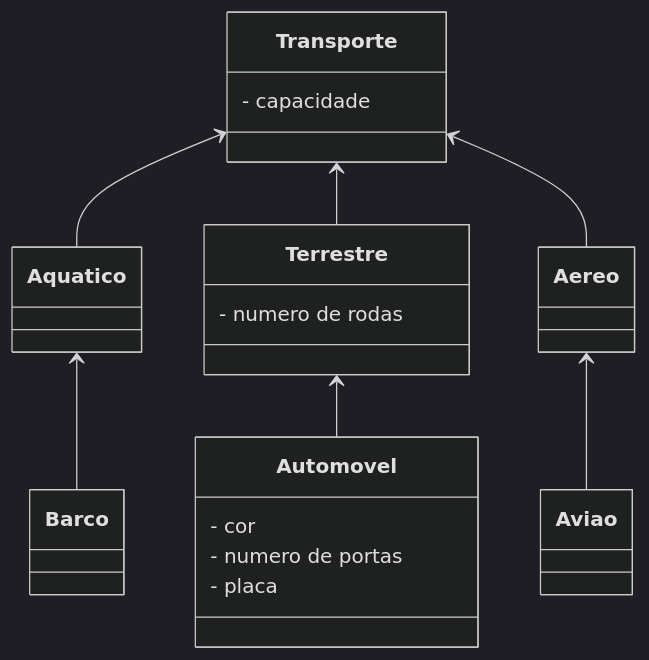
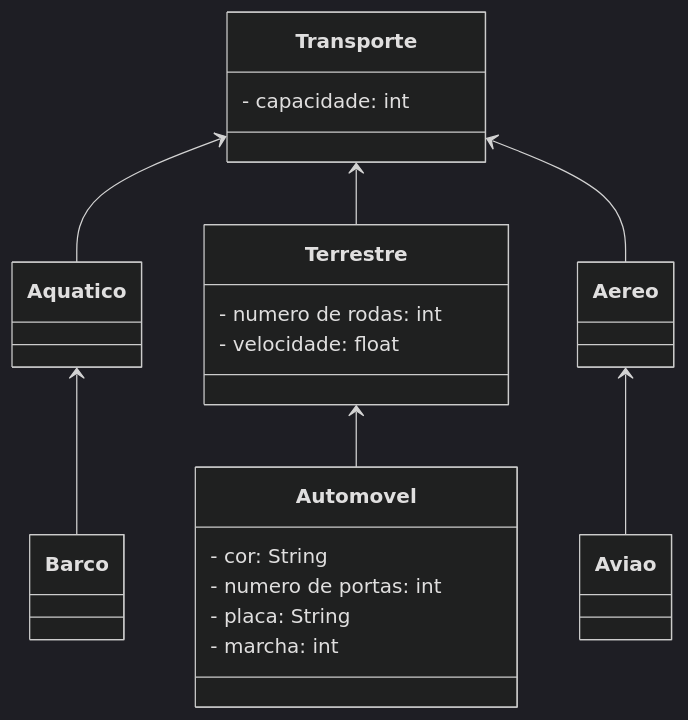
One commit to efojunior/It_NeoCamp_Java changed the tenth of 11 diagrams in 11.md. Above: the diagram before and after it, drawn with Mermaid (dark theme). The commit also changed other lines of this file, not shown here.

````diff
--- a/11.md
+++ b/11.md
@@ -159,32 +177,34 @@
 ```mermaid
 classDiagram
 class Transporte {
-- capacidade  
+- capacidade: int  
 }
 class Aereo {
   
 }
 class Terrestre {
-- numero de rodas  
+- numero de rodas: int  
+- velocidade: float 
 }
 class Aquatico {
   
 }
 class Aviao {
   
 }
 class Automovel {
-- cor
-- numero de portas
-- placa
+- cor: String
+- numero de portas: int
+- placa: String
+- marcha: int
 }
 class Barco {
   
 }
 Transporte <-- Aquatico
 Transporte <-- Terrestre
 Transporte <-- Aereo
 Aquatico <-- Barco
 Terrestre <-- Automovel
 Aereo <-- Aviao
 ```
````
